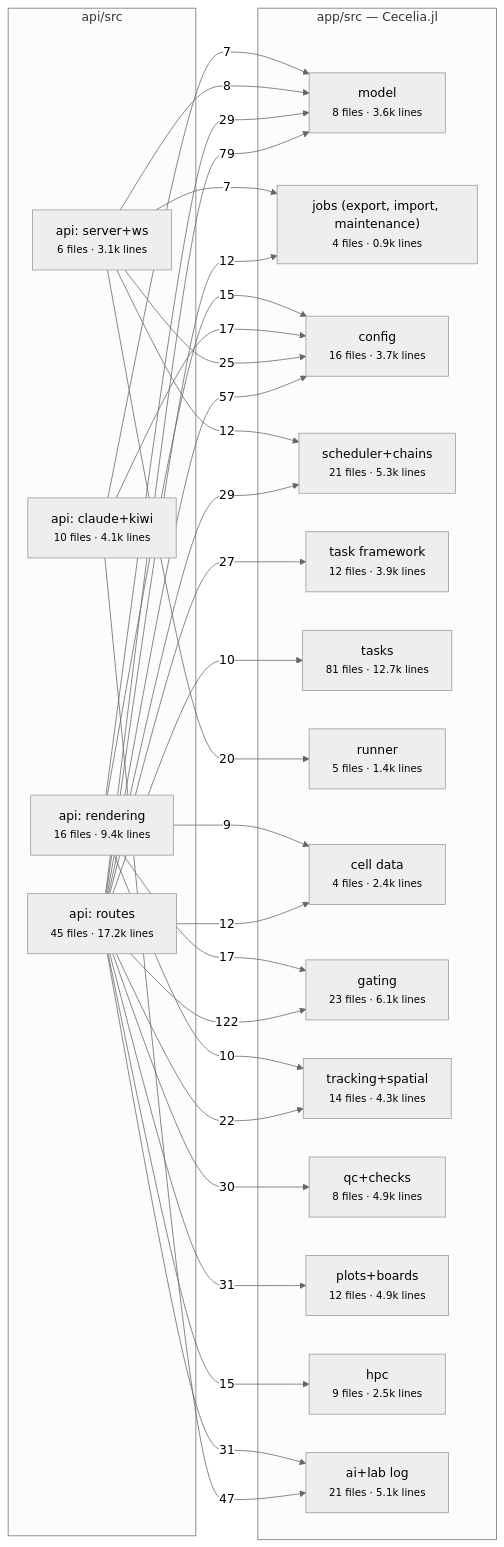
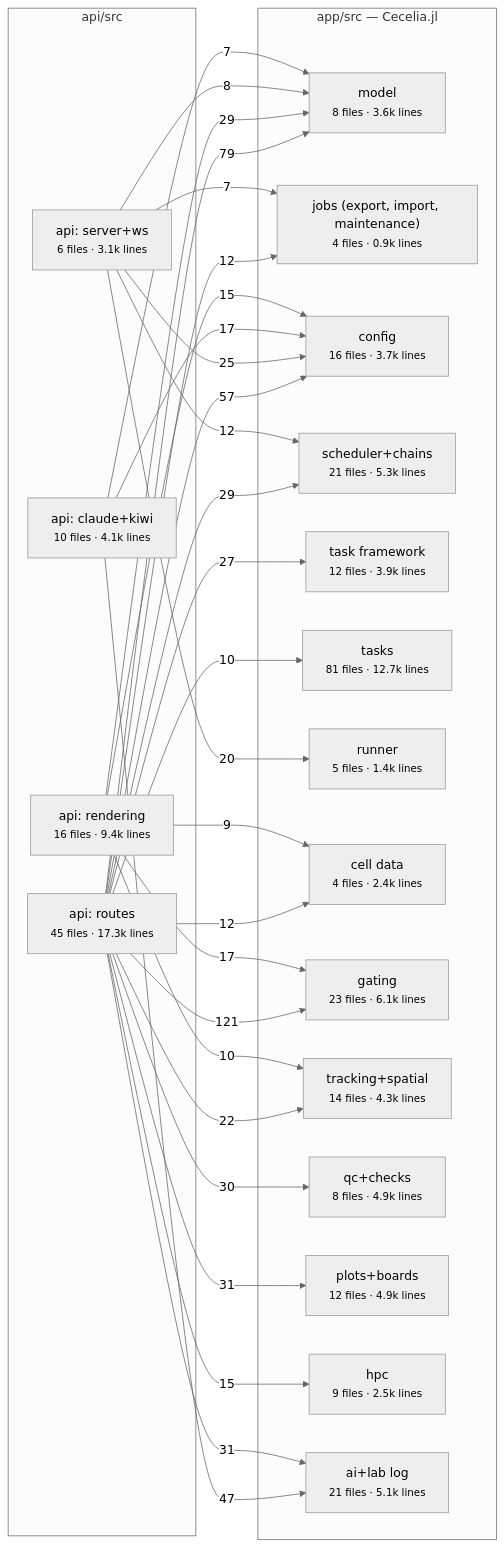
The second of 2 diagrams in docs/architecture/julia/areas.md (schienstockd/cecelia), drawn with Mermaid (neutral theme) before and after one commit. The commit also changed other lines of this file and 18 other files, not shown here.

````diff
--- a/docs/architecture/julia/areas.md
+++ b/docs/architecture/julia/areas.md
@@ -65,51 +65,51 @@
 ```mermaid
 flowchart LR
   subgraph API["api/src"]
     api__server_ws["api: server+ws<br/><small>6 files · 3.1k lines</small>"]
     api__rendering["api: rendering<br/><small>16 files · 9.4k lines</small>"]
     api__claude_kiwi["api: claude+kiwi<br/><small>10 files · 4.1k lines</small>"]
-    api__routes["api: routes<br/><small>45 files · 17.2k lines</small>"]
+    api__routes["api: routes<br/><small>45 files · 17.3k lines</small>"]
   end
   subgraph PKG["app/src — Cecelia.jl"]
     model["model<br/><small>8 files · 3.6k lines</small>"]
     jobs__export__import__maintenance_["jobs (export, import, maintenance)<br/><small>4 files · 0.9k lines</small>"]
     config["config<br/><small>16 files · 3.7k lines</small>"]
     scheduler_chains["scheduler+chains<br/><small>21 files · 5.3k lines</small>"]
     task_framework["task framework<br/><small>12 files · 3.9k lines</small>"]
     tasks["tasks<br/><small>81 files · 12.7k lines</small>"]
     runner["runner<br/><small>5 files · 1.4k lines</small>"]
     cell_data["cell data<br/><small>4 files · 2.4k lines</small>"]
     gating["gating<br/><small>23 files · 6.1k lines</small>"]
     tracking_spatial["tracking+spatial<br/><small>14 files · 4.3k lines</small>"]
     qc_checks["qc+checks<br/><small>8 files · 4.9k lines</small>"]
     plots_boards["plots+boards<br/><small>12 files · 4.9k lines</small>"]
     hpc["hpc<br/><small>9 files · 2.5k lines</small>"]
     ai_lab_log["ai+lab log<br/><small>21 files · 5.1k lines</small>"]
   end
-  api__routes -->|122| gating
+  api__routes -->|121| gating
   api__routes -->|79| model
   api__routes -->|57| config
   api__claude_kiwi -->|47| ai_lab_log
   api__routes -->|31| ai_lab_log
   api__routes -->|31| plots_boards
   api__routes -->|30| qc_checks
   api__rendering -->|29| model
   api__routes -->|29| scheduler_chains
   api__routes -->|27| task_framework
   api__server_ws -->|25| config
   api__routes -->|22| tracking_spatial
   api__server_ws -->|20| runner
   api__claude_kiwi -->|17| config
   api__rendering -->|17| gating
   api__rendering -->|15| config
   api__routes -->|15| hpc
   api__routes -->|12| cell_data
   api__routes -->|12| jobs__export__import__maintenance_
   api__server_ws -->|12| scheduler_chains
   api__rendering -->|10| tracking_spatial
   api__routes -->|10| tasks
   api__rendering -->|9| cell_data
   api__server_ws -->|8| model
   api__claude_kiwi -->|7| model
   api__server_ws -->|7| jobs__export__import__maintenance_
 ```
````
